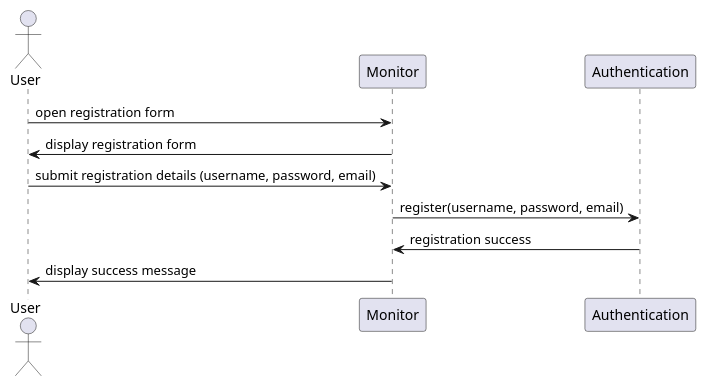
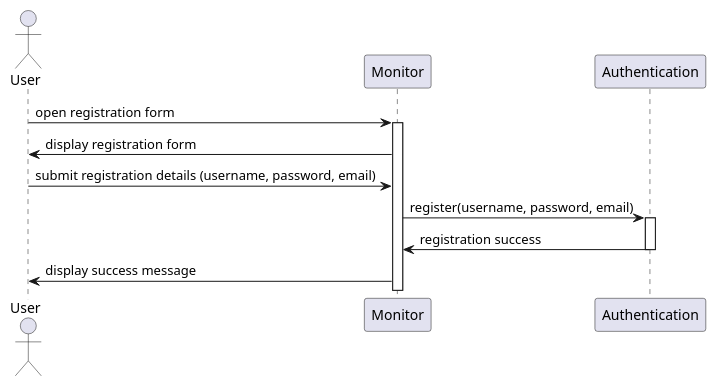
One commit to zuzu2307/Final_UML changed the diagram in src/registration.puml. Above: the diagram before and after it, drawn with PlantUML. The commit also changed 13 other files, not shown here.

```diff
--- a/src/registration.puml
+++ b/src/registration.puml
@@ -1,13 +1,17 @@
 @startuml
 actor User
 participant Monitor
 participant Authentication
 
 User -> Monitor: open registration form
+activate Monitor
 Monitor -> User: display registration form
 
 User -> Monitor: submit registration details (username, password, email)
 Monitor -> Authentication: register(username, password, email)
+activate Authentication
 Authentication -> Monitor: registration success
+deactivate Authentication
 Monitor -> User: display success message
+
 @enduml
```
